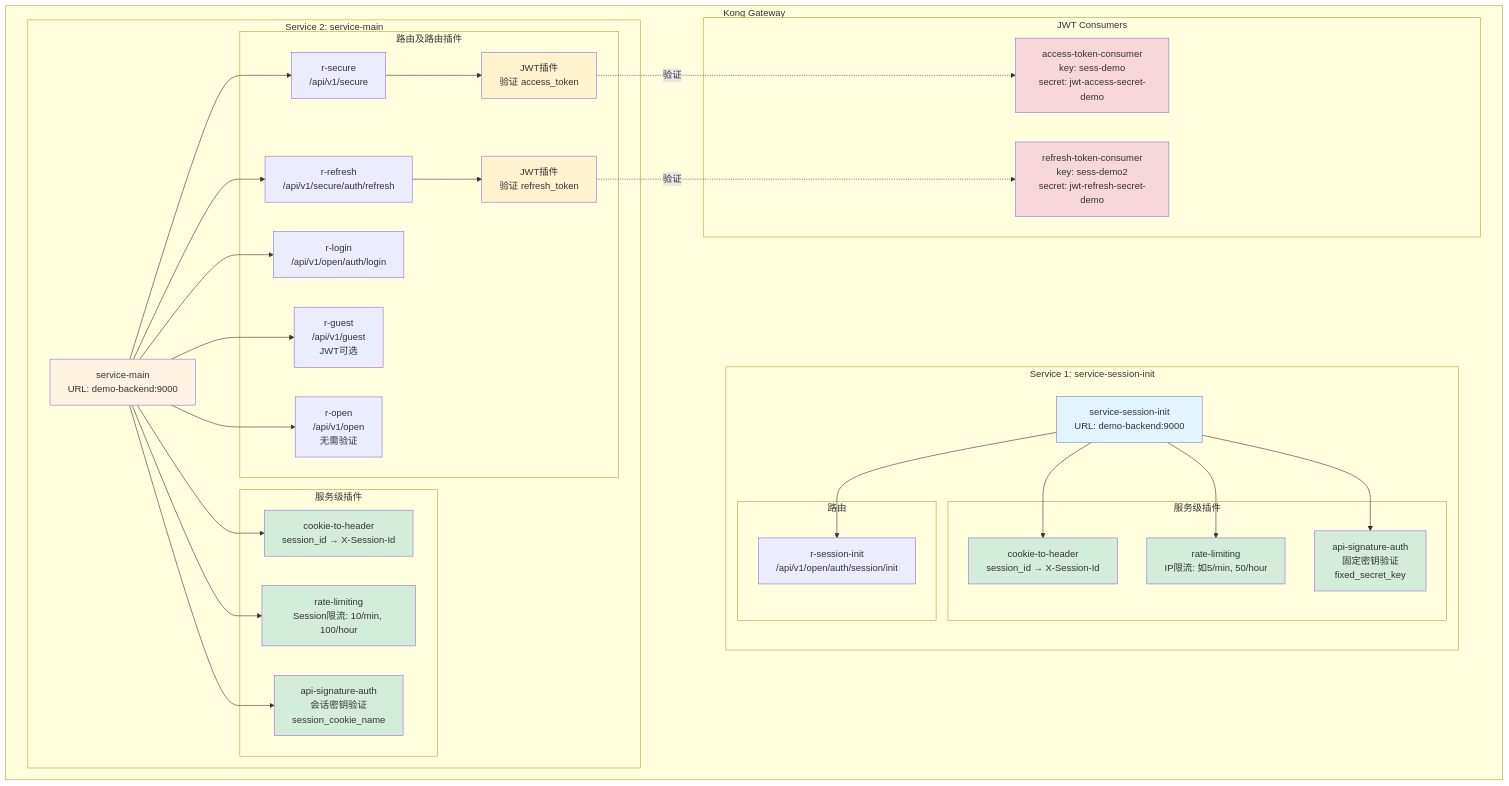
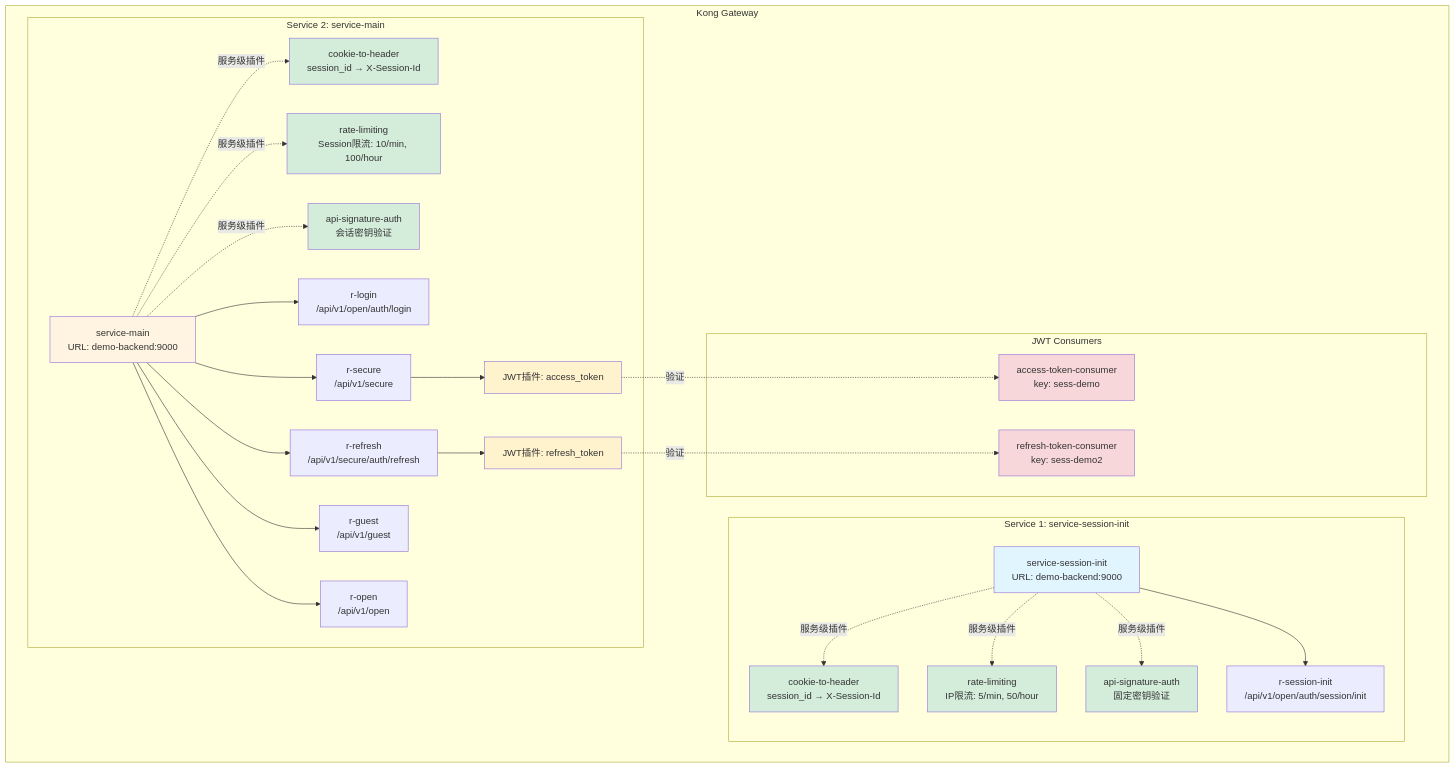
One commit to yingjianzh/iodraw-files changed the diagram in all/未命名-8.md. Above: the diagram before and after it, drawn with Mermaid.

Commit message:
2025-12-10 09:45:53 update

````diff
--- a/all/未命名-8.md
+++ b/all/未命名-8.md
@@ -1,82 +1,64 @@
 ```mermaid
-
 graph TB
-    subgraph "Kong Gateway"
-        subgraph "Service 1: service-session-init"
+    subgraph Kong["Kong Gateway"]
+        subgraph Service1["Service 1: service-session-init"]
             S1[service-session-init<br/>URL: demo-backend:9000]
-            
-            subgraph "服务级插件"
-                S1P1[cookie-to-header<br/>session_id → X-Session-Id]
-                S1P2[rate-limiting<br/>IP限流: 如5/min, 50/hour]
-                S1P3[api-signature-auth<br/>固定密钥验证<br/>fixed_secret_key]
-            end
-            
-            subgraph "路由"
-                R1[r-session-init<br/>/api/v1/open/auth/session/init]
-            end
-            
-            S1 --> S1P1
-            S1 --> S1P2
-            S1 --> S1P3
-            S1 --> R1
+            S1P1[cookie-to-header<br/>session_id → X-Session-Id]
+            S1P2[rate-limiting<br/>IP限流: 5/min, 50/hour]
+            S1P3[api-signature-auth<br/>固定密钥验证]
+            R1[r-session-init<br/>/api/v1/open/auth/session/init]
         end
         
-        subgraph "Service 2: service-main"
+        subgraph Service2["Service 2: service-main"]
             S2[service-main<br/>URL: demo-backend:9000]
+            S2P1[cookie-to-header<br/>session_id → X-Session-Id]
+            S2P2[rate-limiting<br/>Session限流: 10/min, 100/hour]
+            S2P3[api-signature-auth<br/>会话密钥验证]
             
-            subgraph "服务级插件 "
-                S2P1[cookie-to-header<br/>session_id → X-Session-Id]
-                S2P2[rate-limiting<br/>Session限流: 10/min, 100/hour]
-                S2P3[api-signature-auth<br/>会话密钥验证<br/>session_cookie_name]
-            end
-            
-            subgraph "路由及路由插件"
-                R2[r-login<br/>/api/v1/open/auth/login]
-                
-                R3[r-refresh<br/>/api/v1/secure/auth/refresh]
-                R3P1[JWT插件<br/>验证 refresh_token]
-                
-                R4[r-secure<br/>/api/v1/secure]
-                R4P1[JWT插件<br/>验证 access_token]
-                
-                R5[r-guest<br/>/api/v1/guest<br/>JWT可选]
-                
-                R6[r-open<br/>/api/v1/open<br/>无需验证]
-                
-                R3 --> R3P1
-                R4 --> R4P1
-            end
-            
-            S2 --> S2P1
-            S2 --> S2P2
-            S2 --> S2P3
-            S2 --> R2
-            S2 --> R3
-            S2 --> R4
-            S2 --> R5
-            S2 --> R6
+            R2[r-login<br/>/api/v1/open/auth/login]
+            R3[r-refresh<br/>/api/v1/secure/auth/refresh]
+            R3P1[JWT插件: refresh_token]
+            R4[r-secure<br/>/api/v1/secure]
+            R4P1[JWT插件: access_token]
+            R5[r-guest<br/>/api/v1/guest]
+            R6[r-open<br/>/api/v1/open]
         end
         
-        subgraph "JWT Consumers"
-            C1[access-token-consumer<br/>key: sess-demo<br/>secret: jwt-access-secret-demo]
-            C2[refresh-token-consumer<br/>key: sess-demo2<br/>secret: jwt-refresh-secret-demo]
+        subgraph Consumers["JWT Consumers"]
+            C1[access-token-consumer<br/>key: sess-demo]
+            C2[refresh-token-consumer<br/>key: sess-demo2]
         end
-        
-        R3P1 -.验证.-> C2
-        R4P1 -.验证.-> C1
     end
+    
+    S1 -.服务级插件.-> S1P1
+    S1 -.服务级插件.-> S1P2
+    S1 -.服务级插件.-> S1P3
+    S1 --> R1
+    
+    S2 -.服务级插件.-> S2P1
+    S2 -.服务级插件.-> S2P2
+    S2 -.服务级插件.-> S2P3
+    S2 --> R2
+    S2 --> R3
+    S2 --> R4
+    S2 --> R5
+    S2 --> R6
+    
+    R3 --> R3P1
+    R4 --> R4P1
+    R3P1 -.验证.-> C2
+    R4P1 -.验证.-> C1
     
     style S1 fill:#e1f5ff
     style S2 fill:#fff4e1
     style S1P1 fill:#d4edda
     style S1P2 fill:#d4edda
     style S1P3 fill:#d4edda
     style S2P1 fill:#d4edda
     style S2P2 fill:#d4edda
     style S2P3 fill:#d4edda
     style R3P1 fill:#fff3cd
     style R4P1 fill:#fff3cd
     style C1 fill:#f8d7da
     style C2 fill:#f8d7da
-
 ```
````
